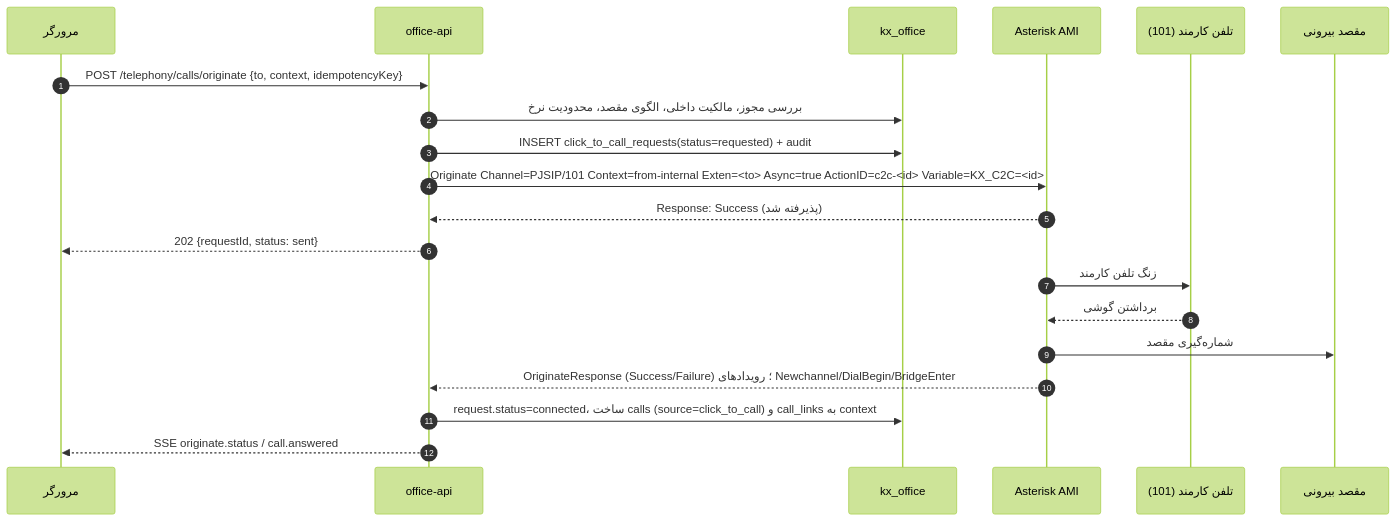
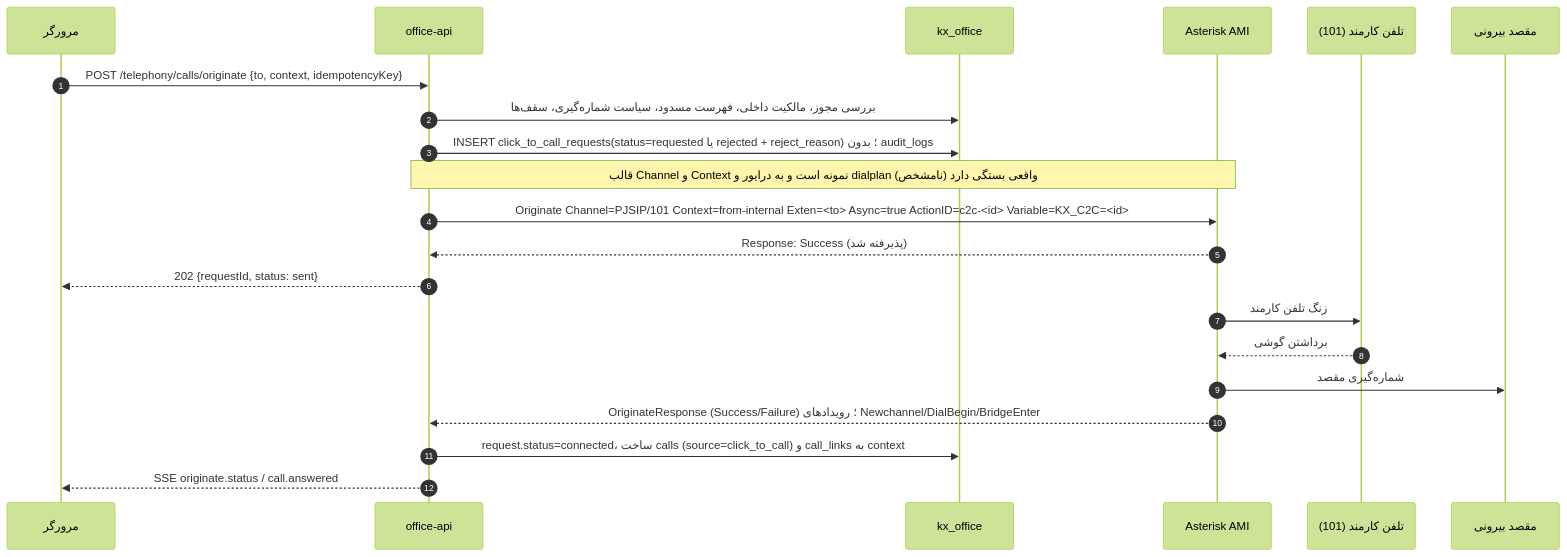
One commit to ardeshirazimi2000-design/kx21 changed the second of 2 diagrams in docs/architecture/telephony/call-lifecycle.md. Above: the diagram before and after it, drawn with Mermaid (forest theme). The commit also changed other lines of this file and 8 other files, not shown here.

````diff
--- a/docs/architecture/telephony/call-lifecycle.md
+++ b/docs/architecture/telephony/call-lifecycle.md
@@ -58,22 +58,23 @@
 ```mermaid
 sequenceDiagram
   autonumber
   participant UI as مرورگر
   participant API as office-api
   participant DB as kx_office
   participant AMI as Asterisk AMI
   participant P as تلفن کارمند (101)
   participant X as مقصد بیرونی
   UI->>API: POST /telephony/calls/originate {to, context, idempotencyKey}
-  API->>DB: بررسی مجوز، مالکیت داخلی، الگوی مقصد، محدودیت نرخ
-  API->>DB: INSERT click_to_call_requests(status=requested) + audit
+  API->>DB: بررسی مجوز، مالکیت داخلی، فهرست مسدود، سیاست شماره‌گیری، سقف‌ها
+  API->>DB: INSERT click_to_call_requests(status=requested یا rejected + reject_reason) ؛ بدون audit_logs
+  Note over API,AMI: قالب Channel و Context نمونه است و به درایور و dialplan واقعی بستگی دارد (نامشخص)
   API->>AMI: Originate Channel=PJSIP/101 Context=from-internal Exten=<to> Async=true ActionID=c2c-<id> Variable=KX_C2C=<id>
   AMI-->>API: Response: Success (پذیرفته شد)
   API-->>UI: 202 {requestId, status: sent}
   AMI->>P: زنگ تلفن کارمند
   P-->>AMI: برداشتن گوشی
   AMI->>X: شماره‌گیری مقصد
   AMI-->>API: OriginateResponse (Success/Failure) ؛ رویدادهای Newchannel/DialBegin/BridgeEnter
   API->>DB: request.status=connected، ساخت calls (source=click_to_call) و call_links به context
   API-->>UI: SSE originate.status / call.answered
 ```
````
